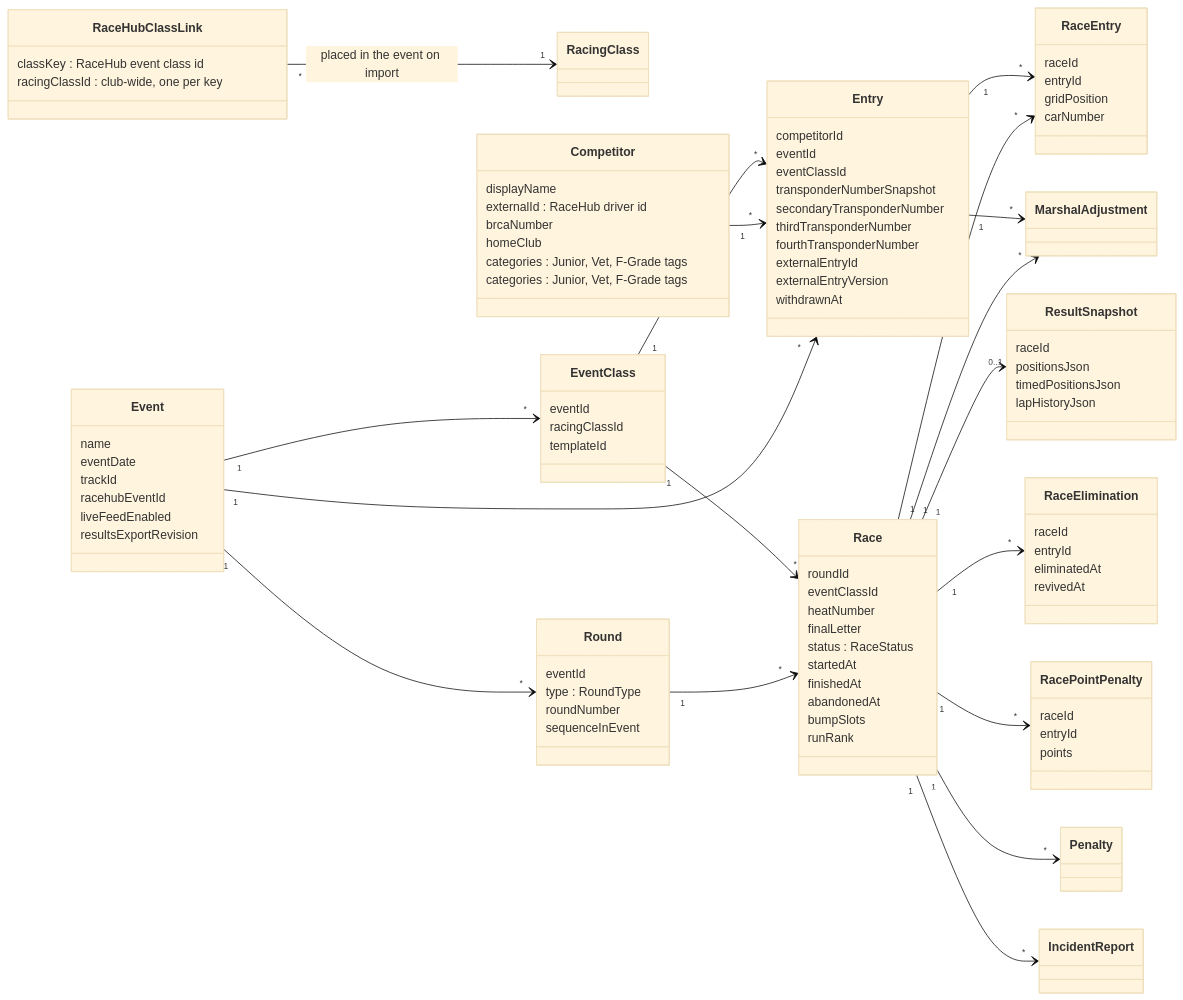
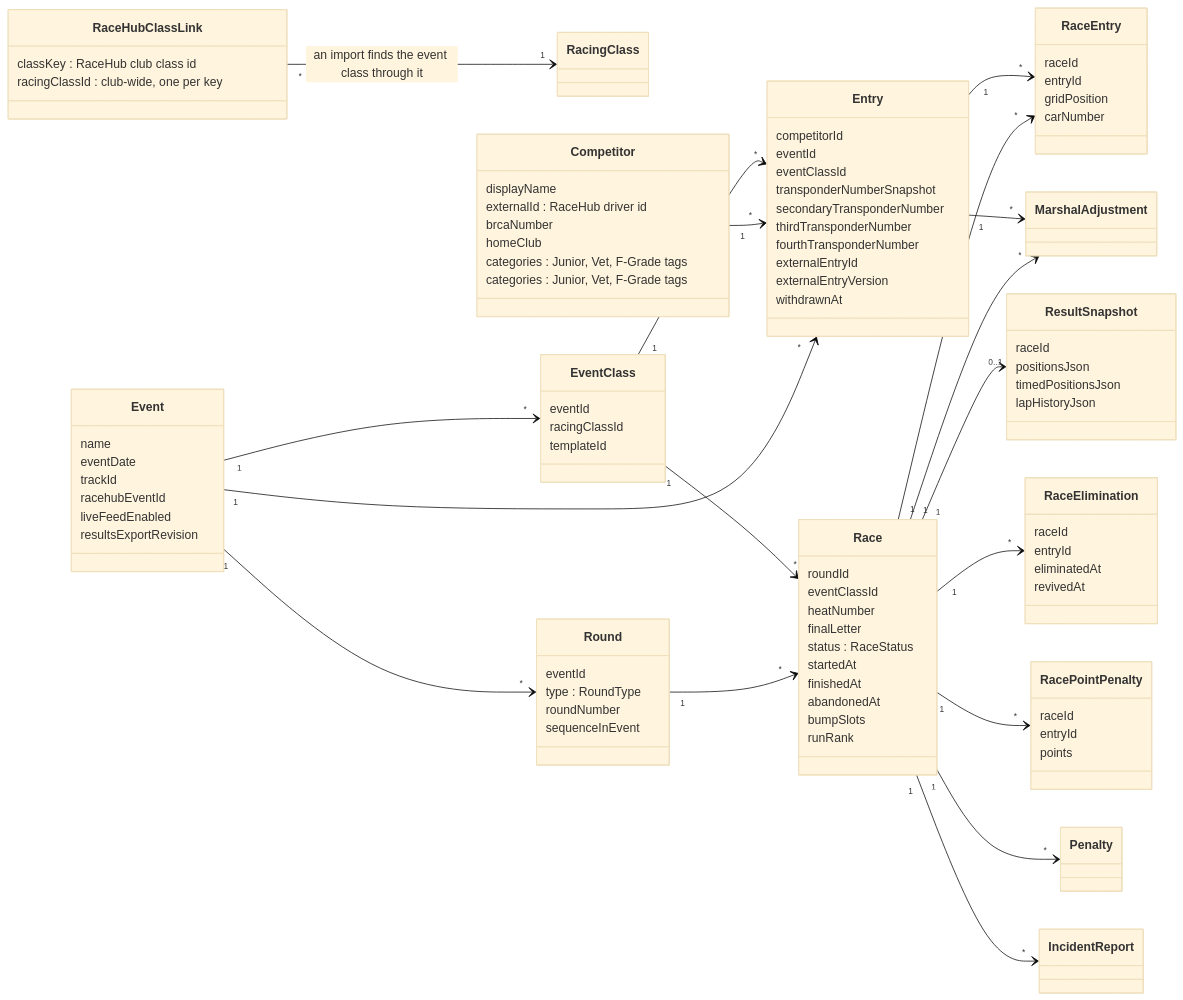
One commit to RCRaceHub/RCTimingControl changed the first of 3 diagrams in docs/developer/domain-model.md. Above: the diagram before and after it, drawn with Mermaid (base theme). The commit also changed 57 other files, not shown here.

First line of the commit message:
Resolve RaceHub classes through the club class id

```diff
--- a/docs/developer/domain-model.md
+++ b/docs/developer/domain-model.md
@@ -22,7 +22,7 @@
         templateId
     }
     class RaceHubClassLink {
-        classKey : RaceHub event class id
+        classKey : RaceHub club class id
         racingClassId : club-wide, one per key
     }
     class Competitor {
@@ -91,7 +91,7 @@
     class IncidentReport
 
     Event "1" --> "*" EventClass
-    RaceHubClassLink "*" --> "1" RacingClass : placed in the event on import
+    RaceHubClassLink "*" --> "1" RacingClass : an import finds the event class through it
     Event "1" --> "*" Round
     Event "1" --> "*" Entry
     Competitor "1" --> "*" Entry
```
